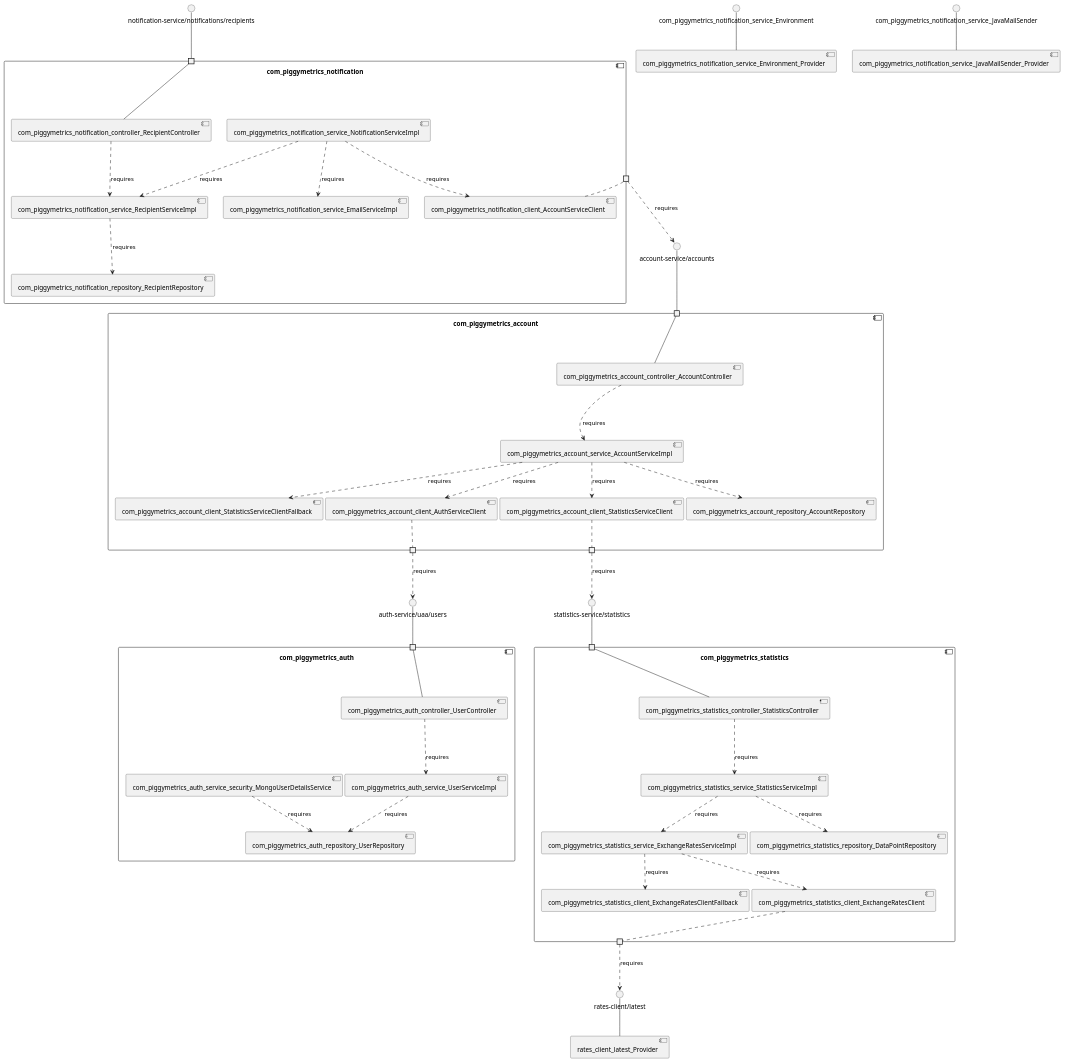
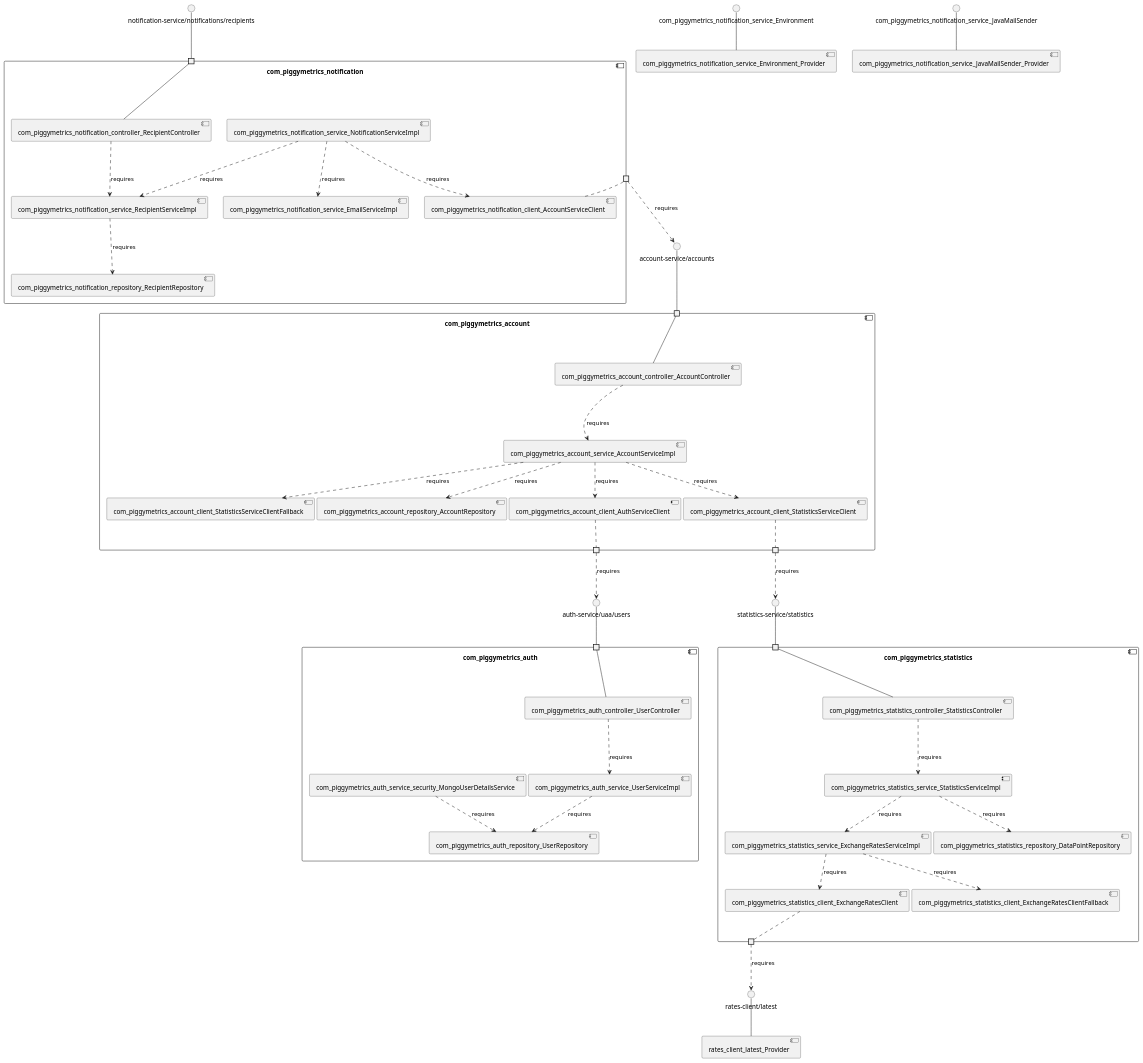
Before and after one commit to MSt-10/Palladio-ReverseEngineering-Benchmark: the diagram in sqshq-piggymetrics/model_re/uml/componentDiagram.puml, drawn with PlantUML. The commit also changed other lines of this file and 290 other files, not shown here.

```diff
--- a/sqshq-piggymetrics/model_re/uml/componentDiagram.puml
+++ b/sqshq-piggymetrics/model_re/uml/componentDiagram.puml
@@ -1,91 +1,91 @@
 @startuml
 skinparam fixCircleLabelOverlapping true
 skinparam componentStyle uml2
 component "com_piggymetrics_account\n\n\n\n\n\n" {
+[com_piggymetrics_account_service_AccountServiceImpl]
+[com_piggymetrics_account_client_AuthServiceClient]
+[com_piggymetrics_account_controller_AccountController]
+[com_piggymetrics_account_client_StatisticsServiceClientFallback]
 [com_piggymetrics_account_repository_AccountRepository]
-[com_piggymetrics_account_controller_AccountController]
-[com_piggymetrics_account_service_AccountServiceImpl]
-[com_piggymetrics_account_client_StatisticsServiceClientFallback]
 [com_piggymetrics_account_client_StatisticsServiceClient]
-[com_piggymetrics_account_client_AuthServiceClient]
 portin " " as com_piggymetrics_account_requires_account_service_accounts
 portout " " as com_piggymetrics_account_provides_auth_service_uaa_users
 portout " " as com_piggymetrics_account_provides_statistics_service_statistics
+[com_piggymetrics_account_service_AccountServiceImpl]..>[com_piggymetrics_account_client_StatisticsServiceClient] : requires
+[com_piggymetrics_account_controller_AccountController]..>[com_piggymetrics_account_service_AccountServiceImpl] : requires
 [com_piggymetrics_account_service_AccountServiceImpl]..>[com_piggymetrics_account_client_StatisticsServiceClientFallback] : requires
-[com_piggymetrics_account_controller_AccountController]..>[com_piggymetrics_account_service_AccountServiceImpl] : requires
+[com_piggymetrics_account_service_AccountServiceImpl]..>[com_piggymetrics_account_repository_AccountRepository] : requires
 [com_piggymetrics_account_service_AccountServiceImpl]..>[com_piggymetrics_account_client_AuthServiceClient] : requires
-[com_piggymetrics_account_service_AccountServiceImpl]..>[com_piggymetrics_account_repository_AccountRepository] : requires
-[com_piggymetrics_account_service_AccountServiceImpl]..>[com_piggymetrics_account_client_StatisticsServiceClient] : requires
 "com_piggymetrics_account_requires_account_service_accounts"--[com_piggymetrics_account_controller_AccountController]
+[com_piggymetrics_account_client_AuthServiceClient].."com_piggymetrics_account_provides_auth_service_uaa_users"
 [com_piggymetrics_account_client_StatisticsServiceClient].."com_piggymetrics_account_provides_statistics_service_statistics"
-[com_piggymetrics_account_client_AuthServiceClient].."com_piggymetrics_account_provides_auth_service_uaa_users"
 }
 interface "account-service/accounts" as interface.account_service_accounts
 interface.account_service_accounts--"com_piggymetrics_account_requires_account_service_accounts"
 interface "auth-service/uaa/users" as interface.auth_service_uaa_users
 "com_piggymetrics_account_provides_auth_service_uaa_users"..>interface.auth_service_uaa_users : requires
 interface "statistics-service/statistics" as interface.statistics_service_statistics
 "com_piggymetrics_account_provides_statistics_service_statistics"..>interface.statistics_service_statistics : requires
 component "com_piggymetrics_auth\n\n\n\n\n\n" {
 [com_piggymetrics_auth_repository_UserRepository]
+[com_piggymetrics_auth_service_UserServiceImpl]
 [com_piggymetrics_auth_service_security_MongoUserDetailsService]
-[com_piggymetrics_auth_service_UserServiceImpl]
 [com_piggymetrics_auth_controller_UserController]
 portin " " as com_piggymetrics_auth_requires_auth_service_uaa_users
+[com_piggymetrics_auth_service_security_MongoUserDetailsService]..>[com_piggymetrics_auth_repository_UserRepository] : requires
+[com_piggymetrics_auth_controller_UserController]..>[com_piggymetrics_auth_service_UserServiceImpl] : requires
 [com_piggymetrics_auth_service_UserServiceImpl]..>[com_piggymetrics_auth_repository_UserRepository] : requires
-[com_piggymetrics_auth_controller_UserController]..>[com_piggymetrics_auth_service_UserServiceImpl] : requires
-[com_piggymetrics_auth_service_security_MongoUserDetailsService]..>[com_piggymetrics_auth_repository_UserRepository] : requires
 "com_piggymetrics_auth_requires_auth_service_uaa_users"--[com_piggymetrics_auth_controller_UserController]
 }
 interface "auth-service/uaa/users" as interface.auth_service_uaa_users
 interface.auth_service_uaa_users--"com_piggymetrics_auth_requires_auth_service_uaa_users"
 component "com_piggymetrics_notification\n\n\n\n\n\n" {
+[com_piggymetrics_notification_service_EmailServiceImpl]
+[com_piggymetrics_notification_service_NotificationServiceImpl]
+[com_piggymetrics_notification_controller_RecipientController]
+[com_piggymetrics_notification_service_RecipientServiceImpl]
 [com_piggymetrics_notification_repository_RecipientRepository]
 [com_piggymetrics_notification_client_AccountServiceClient]
-[com_piggymetrics_notification_service_NotificationServiceImpl]
-[com_piggymetrics_notification_controller_RecipientController]
-[com_piggymetrics_notification_service_EmailServiceImpl]
-[com_piggymetrics_notification_service_RecipientServiceImpl]
 portin " " as com_piggymetrics_notification_requires_notification_service_notifications_recipients
 portout " " as com_piggymetrics_notification_provides_account_service_accounts
 [com_piggymetrics_notification_service_NotificationServiceImpl]..>[com_piggymetrics_notification_service_EmailServiceImpl] : requires
-[com_piggymetrics_notification_service_NotificationServiceImpl]..>[com_piggymetrics_notification_client_AccountServiceClient] : requires
-[com_piggymetrics_notification_service_NotificationServiceImpl]..>[com_piggymetrics_notification_service_RecipientServiceImpl] : requires
 [com_piggymetrics_notification_controller_RecipientController]..>[com_piggymetrics_notification_service_RecipientServiceImpl] : requires
 [com_piggymetrics_notification_service_RecipientServiceImpl]..>[com_piggymetrics_notification_repository_RecipientRepository] : requires
+[com_piggymetrics_notification_service_NotificationServiceImpl]..>[com_piggymetrics_notification_service_RecipientServiceImpl] : requires
+[com_piggymetrics_notification_service_NotificationServiceImpl]..>[com_piggymetrics_notification_client_AccountServiceClient] : requires
 "com_piggymetrics_notification_requires_notification_service_notifications_recipients"--[com_piggymetrics_notification_controller_RecipientController]
 [com_piggymetrics_notification_client_AccountServiceClient].."com_piggymetrics_notification_provides_account_service_accounts"
 }
 interface "notification-service/notifications/recipients" as interface.notification_service_notifications_recipients
 interface.notification_service_notifications_recipients--"com_piggymetrics_notification_requires_notification_service_notifications_recipients"
 interface "account-service/accounts" as interface.account_service_accounts
 "com_piggymetrics_notification_provides_account_service_accounts"..>interface.account_service_accounts : requires
 component "com_piggymetrics_statistics\n\n\n\n\n\n" {
+[com_piggymetrics_statistics_service_StatisticsServiceImpl]
+[com_piggymetrics_statistics_controller_StatisticsController]
+[com_piggymetrics_statistics_client_ExchangeRatesClientFallback]
 [com_piggymetrics_statistics_client_ExchangeRatesClient]
-[com_piggymetrics_statistics_controller_StatisticsController]
-[com_piggymetrics_statistics_service_StatisticsServiceImpl]
 [com_piggymetrics_statistics_repository_DataPointRepository]
 [com_piggymetrics_statistics_service_ExchangeRatesServiceImpl]
-[com_piggymetrics_statistics_client_ExchangeRatesClientFallback]
 portin " " as com_piggymetrics_statistics_requires_statistics_service_statistics
 portout " " as com_piggymetrics_statistics_provides_rates_client_latest
+[com_piggymetrics_statistics_service_StatisticsServiceImpl]..>[com_piggymetrics_statistics_service_ExchangeRatesServiceImpl] : requires
 [com_piggymetrics_statistics_service_ExchangeRatesServiceImpl]..>[com_piggymetrics_statistics_client_ExchangeRatesClientFallback] : requires
-[com_piggymetrics_statistics_service_StatisticsServiceImpl]..>[com_piggymetrics_statistics_service_ExchangeRatesServiceImpl] : requires
+[com_piggymetrics_statistics_controller_StatisticsController]..>[com_piggymetrics_statistics_service_StatisticsServiceImpl] : requires
+[com_piggymetrics_statistics_service_ExchangeRatesServiceImpl]..>[com_piggymetrics_statistics_client_ExchangeRatesClient] : requires
 [com_piggymetrics_statistics_service_StatisticsServiceImpl]..>[com_piggymetrics_statistics_repository_DataPointRepository] : requires
-[com_piggymetrics_statistics_service_ExchangeRatesServiceImpl]..>[com_piggymetrics_statistics_client_ExchangeRatesClient] : requires
-[com_piggymetrics_statistics_controller_StatisticsController]..>[com_piggymetrics_statistics_service_StatisticsServiceImpl] : requires
 "com_piggymetrics_statistics_requires_statistics_service_statistics"--[com_piggymetrics_statistics_controller_StatisticsController]
 [com_piggymetrics_statistics_client_ExchangeRatesClient].."com_piggymetrics_statistics_provides_rates_client_latest"
 }
 interface "statistics-service/statistics" as interface.statistics_service_statistics
 interface.statistics_service_statistics--"com_piggymetrics_statistics_requires_statistics_service_statistics"
 interface "rates-client/latest" as interface.rates_client_latest
 "com_piggymetrics_statistics_provides_rates_client_latest"..>interface.rates_client_latest : requires
 interface "com_piggymetrics_notification_service_Environment" as interface.com_piggymetrics_notification_service_Environment
 interface.com_piggymetrics_notification_service_Environment--[com_piggymetrics_notification_service_Environment_Provider]
 interface "com_piggymetrics_notification_service_JavaMailSender" as interface.com_piggymetrics_notification_service_JavaMailSender
 interface.com_piggymetrics_notification_service_JavaMailSender--[com_piggymetrics_notification_service_JavaMailSender_Provider]
 interface "rates-client/latest" as interface.rates_client_latest
 interface.rates_client_latest--[rates_client_latest_Provider]
 
 @enduml
```
